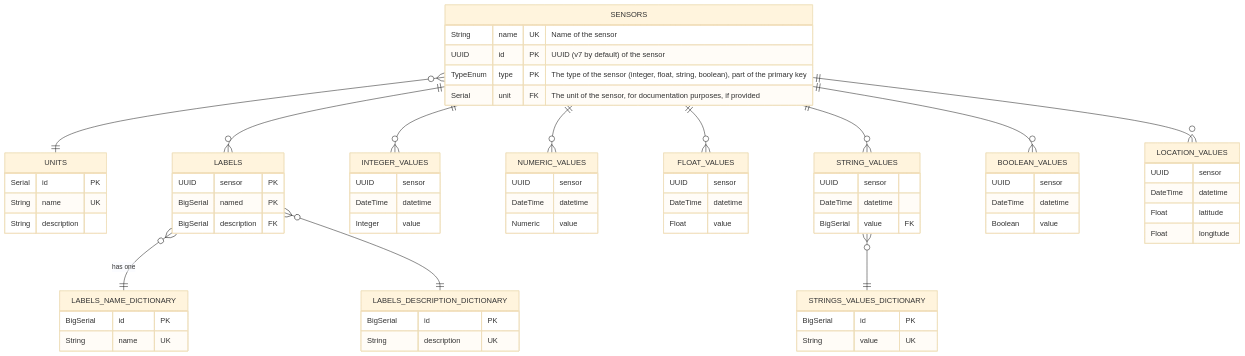
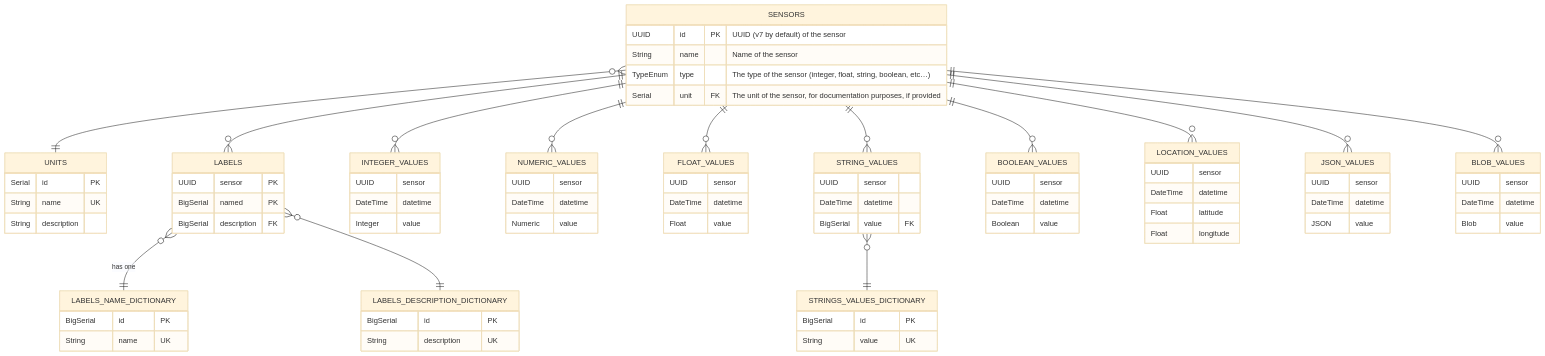
Before and after one commit to SINTEF/sensapp: the diagram in docs/DATAMODEL.md, drawn with Mermaid (base theme). The commit also changed 16 other files, not shown here.

````diff
--- a/docs/DATAMODEL.md
+++ b/docs/DATAMODEL.md
@@ -23,9 +23,9 @@
 erDiagram
 
     SENSORS {
-        String name UK "Name of the sensor"
         UUID id PK "UUID (v7 by default) of the sensor"
-        TypeEnum type PK "The type of the sensor (integer, float, string, boolean), part of the primary key"
+        String name "Name of the sensor"
+        TypeEnum type "The type of the sensor (integer, float, string, boolean, etc…)"
         Serial unit FK "The unit of the sensor, for documentation purposes, if provided"
     }
 
@@ -90,13 +90,6 @@
         Boolean value
     }
 
-    SENSORS ||--o{ STRING_VALUES : ""
-    SENSORS ||--o{ INTEGER_VALUES : ""
-    SENSORS ||--o{ NUMERIC_VALUES : ""
-    SENSORS ||--o{ FLOAT_VALUES : ""
-    SENSORS ||--o{ LOCATION_VALUES : ""
-    SENSORS ||--o{ BOOLEAN_VALUES : ""
-
     %% Localisations are common enough to be part of the core data model
     LOCATION_VALUES {
         UUID sensor
@@ -104,4 +97,27 @@
         Float latitude
         Float longitude
     }
+
+    %% JSON values are not recommended, but they can be very convenient
+    JSON_VALUES {
+        UUID sensor
+        DateTime datetime
+        JSON value
+    }
+
+    BLOB_VALUES {
+        UUID sensor
+        DateTime datetime
+        Blob value
+    }
+
+    SENSORS ||--o{ STRING_VALUES : ""
+    SENSORS ||--o{ INTEGER_VALUES : ""
+    SENSORS ||--o{ NUMERIC_VALUES : ""
+    SENSORS ||--o{ FLOAT_VALUES : ""
+    SENSORS ||--o{ LOCATION_VALUES : ""
+    SENSORS ||--o{ BOOLEAN_VALUES : ""
+    SENSORS ||--o{ JSON_VALUES : ""
+    SENSORS ||--o{ BLOB_VALUES : ""
+
 ```
````
